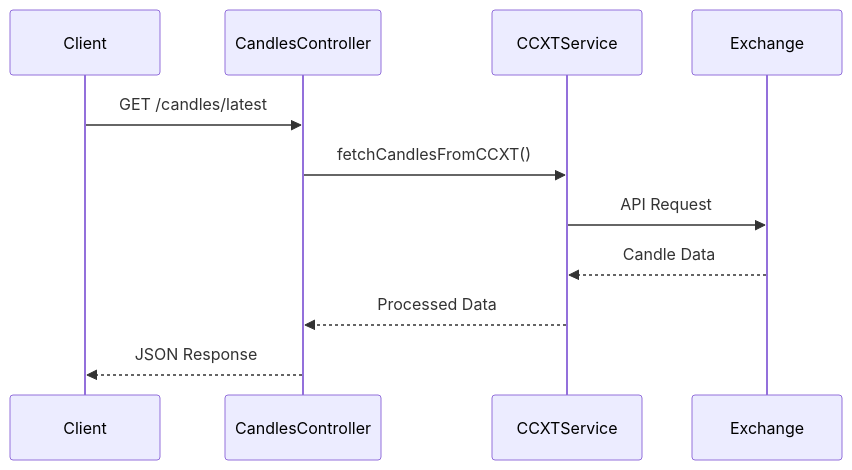
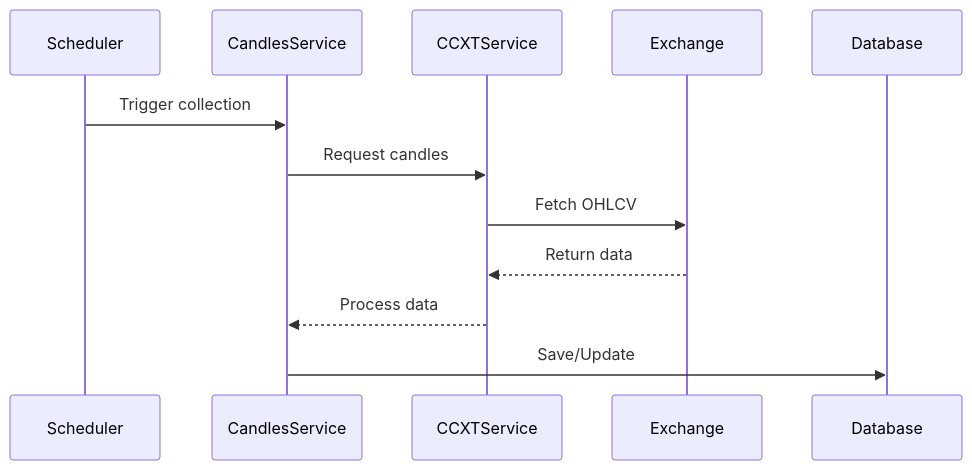
Before and after one commit to Milad93R/nestjs-crypto-market-service: the third of 3 diagrams in TECHNICAL.md, drawn with Mermaid. The commit also changed other lines of this file, not shown here.

````diff
--- a/TECHNICAL.md
+++ b/TECHNICAL.md
@@ -176,9 +120,9 @@
-```mermaid
-sequenceDiagram
-    Client->>CandlesController: GET /candles/latest
-    CandlesController->>CCXTService: fetchCandlesFromCCXT()
-    CCXTService->>Exchange: API Request
-    Exchange-->>CCXTService: Candle Data
-    CCXTService-->>CandlesController: Processed Data
-    CandlesController-->>Client: JSON Response
-```
+   ```mermaid
+   sequenceDiagram
+       Scheduler->>CandlesService: Trigger collection
+       CandlesService->>CCXTService: Request candles
+       CCXTService->>Exchange: Fetch OHLCV
+       Exchange-->>CCXTService: Return data
+       CCXTService-->>CandlesService: Process data
+       CandlesService->>Database: Save/Update
+   ```
````
